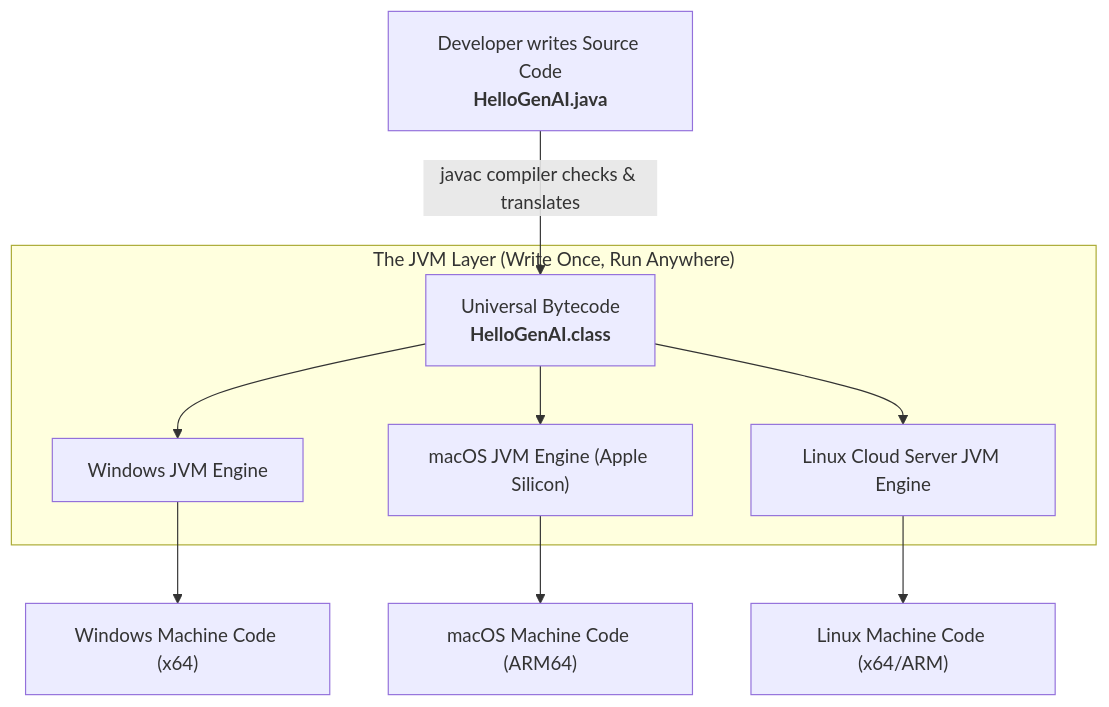
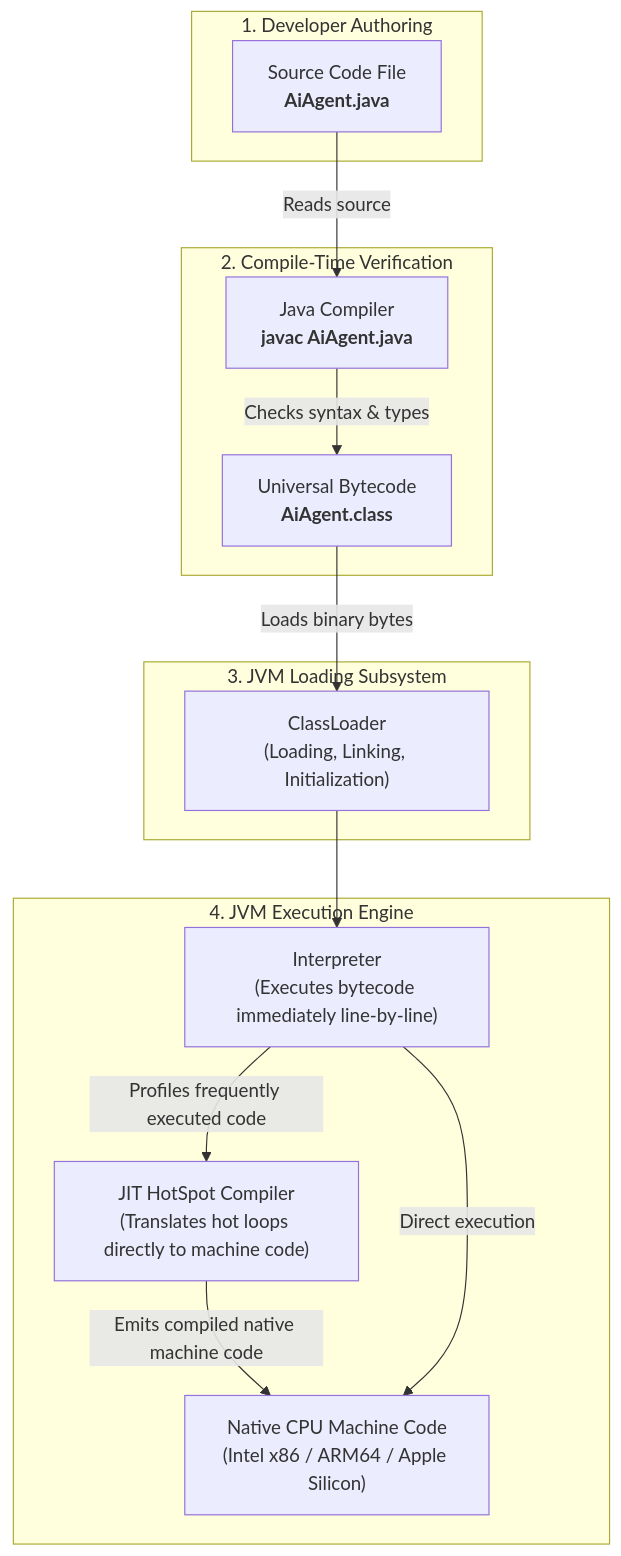
One commit to SrinuRenangi/Gen-AI-Java changed the first of 2 diagrams in Phase_01_Java_Foundations/Day_01_Java_Ecosystem_and_Setup/Day_01_Java_Ecosystem_and_Setup.md. Above: the diagram before and after it, drawn with Mermaid. The commit also changed other lines of this file, not shown here.

Commit message:
docs(day01): update Day 01 to comprehensive JVM architecture and memory hierarchy guide

````diff
--- a/Phase_01_Java_Foundations/Day_01_Java_Ecosystem_and_Setup/Day_01_Java_Ecosystem_and_Setup.md
+++ b/Phase_01_Java_Foundations/Day_01_Java_Ecosystem_and_Setup/Day_01_Java_Ecosystem_and_Setup.md
@@ -73,14 +130,29 @@
 ```mermaid
 flowchart TD
-    A["Developer writes Source Code<br><b>HelloGenAI.java</b>"] -->|javac compiler checks & translates| B["Universal Bytecode<br><b>HelloGenAI.class</b>"]
-    
-    subgraph Execution ["The JVM Layer (Write Once, Run Anywhere)"]
-        B --> C["Windows JVM Engine"]
-        B --> D["macOS JVM Engine (Apple Silicon)"]
-        B --> E["Linux Cloud Server JVM Engine"]
+    subgraph Step1 ["1. Developer Authoring"]
+        A["Source Code File<br><b>AiAgent.java</b>"]
     end
-    
-    C --> F["Windows Machine Code (x64)"]
-    D --> G["macOS Machine Code (ARM64)"]
-    E --> H["Linux Machine Code (x64/ARM)"]
+
+    subgraph Step2 ["2. Compile-Time Verification"]
+        B["Java Compiler<br><b>javac AiAgent.java</b>"]
+        C["Universal Bytecode<br><b>AiAgent.class</b>"]
+        A -->|Reads source| B
+        B -->|Checks syntax & types| C
+    end
+
+    subgraph Step3 ["3. JVM Loading Subsystem"]
+        D["ClassLoader<br>(Loading, Linking, Initialization)"]
+        C -->|Loads binary bytes| D
+    end
+
+    subgraph Step4 ["4. JVM Execution Engine"]
+        E["Interpreter<br>(Executes bytecode immediately line-by-line)"]
+        F["JIT HotSpot Compiler<br>(Translates hot loops directly to machine code)"]
+        G["Native CPU Machine Code<br>(Intel x86 / ARM64 / Apple Silicon)"]
+        
+        D --> E
+        E -->|Profiles frequently executed code| F
+        F -->|Emits compiled native machine code| G
+        E -->|Direct execution| G
+    end
 ```
````
